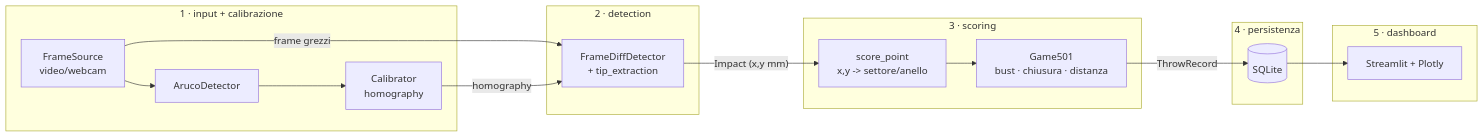
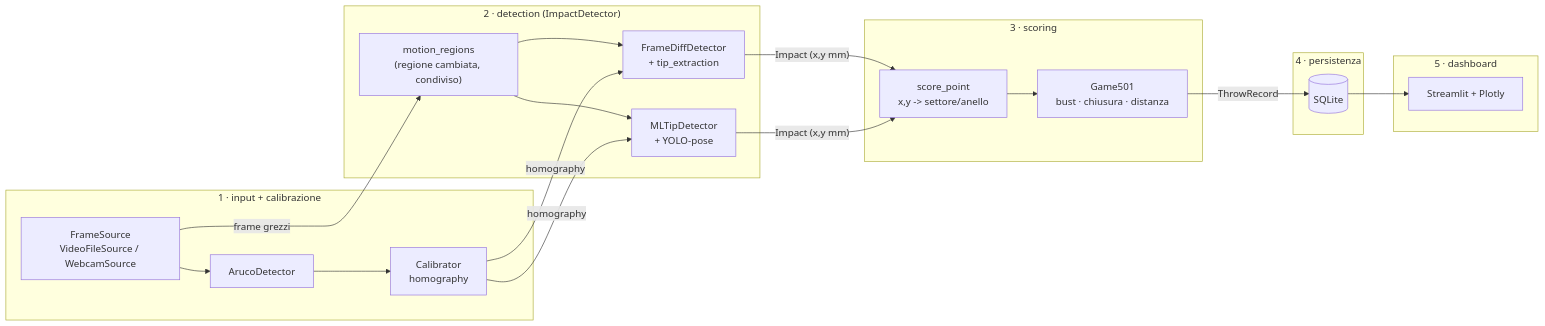
The diagram in README.md (cruleon/darts_vader), drawn with Mermaid before and after one commit. The commit also changed other lines of this file and 31 other files, not shown here.

First line of the commit message:
Aggiunge detection ibrida ML (YOLO-pose), webcam live e import dataset DeepDarts

````diff
--- a/README.md
+++ b/README.md
@@ -52,33 +55,39 @@
 ```mermaid
 flowchart LR
     subgraph L1["1 · input + calibrazione"]
-        A["FrameSource<br/>video/webcam"]
+        A["FrameSource<br/>VideoFileSource / WebcamSource"]
         B["ArucoDetector"]
         C["Calibrator<br/>homography"]
         A --> B --> C
     end
 
-    subgraph L2["2 · detection"]
+    subgraph L2["2 · detection (ImpactDetector)"]
+        M["motion_regions<br/>(regione cambiata, condiviso)"]
         D["FrameDiffDetector<br/>+ tip_extraction"]
+        N["MLTipDetector<br/>+ YOLO-pose"]
+        M --> D
+        M --> N
     end
 
     subgraph L3["3 · scoring"]
         E["score_point<br/>x,y -&gt; settore/anello"]
         F["Game501<br/>bust · chiusura · distanza"]
         E --> F
     end
 
     subgraph L4["4 · persistenza"]
         G[("SQLite")]
     end
 
     subgraph L5["5 · dashboard"]
         H["Streamlit + Plotly"]
     end
 
-    A -->|frame grezzi| D
+    A -->|frame grezzi| M
     C -->|homography| D
+    C -->|homography| N
     D -->|"Impact (x,y mm)"| E
+    N -->|"Impact (x,y mm)"| E
     F -->|ThrowRecord| G
     G --> H
 ```
````
